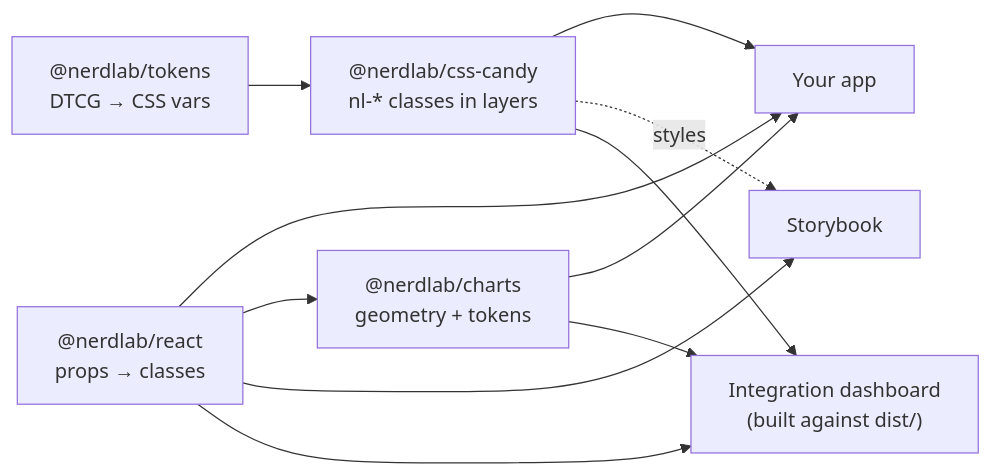
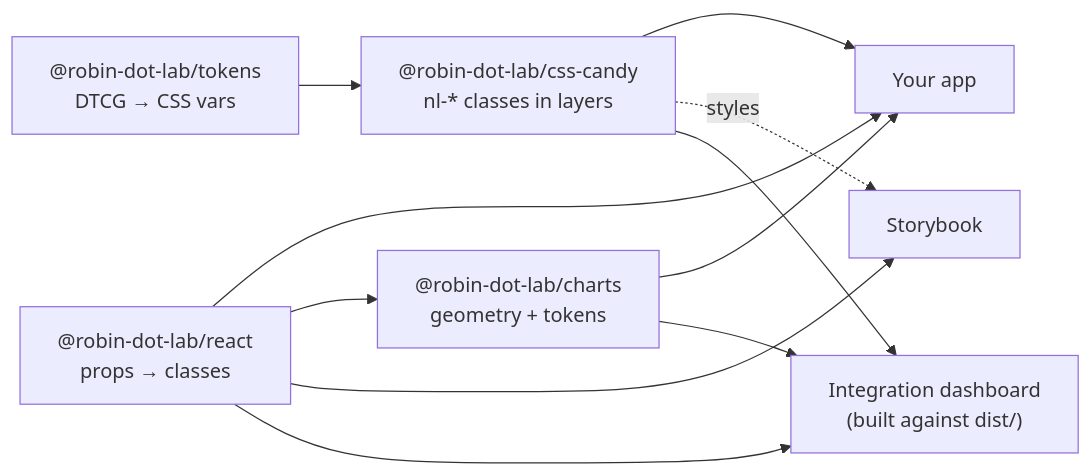
Before and after one commit to robin-dot-lab/nerdlab-design-system: the diagram in README.md, drawn with Mermaid. The commit also changed other lines of this file and 24 other files, not shown here.

First line of the commit message:
build: publish to GitHub Packages under @robin-dot-lab

````diff
--- a/README.md
+++ b/README.md
@@ -163,13 +175,13 @@
 ```mermaid
 flowchart LR
-  tokens["@nerdlab/tokens<br/>DTCG → CSS vars"] --> css["@nerdlab/css-candy<br/>nl-* classes in layers"]
+  tokens["@robin-dot-lab/tokens<br/>DTCG → CSS vars"] --> css["@robin-dot-lab/css-candy<br/>nl-* classes in layers"]
   css --> app["Your app"]
-  react["@nerdlab/react<br/>props → classes"] --> app
-  charts["@nerdlab/charts<br/>geometry + tokens"] --> app
+  react["@robin-dot-lab/react<br/>props → classes"] --> app
+  charts["@robin-dot-lab/charts<br/>geometry + tokens"] --> app
   react --> charts
   css -. "styles" .-> docs["Storybook"]
   react --> docs
   css --> dash["Integration dashboard<br/>(built against dist/)"]
   react --> dash
   charts --> dash
 ```
````
